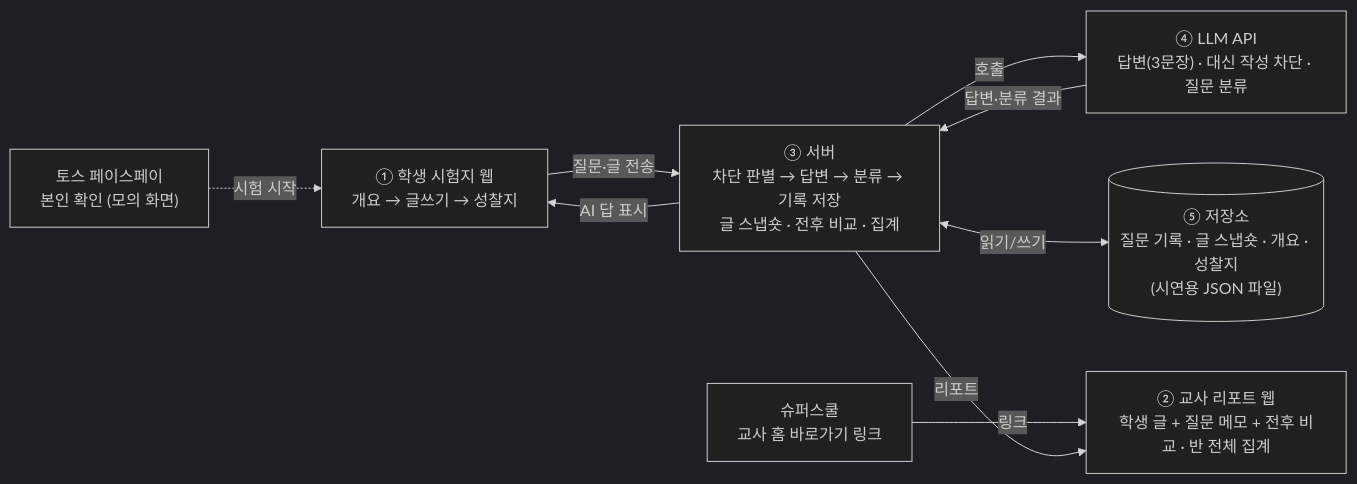
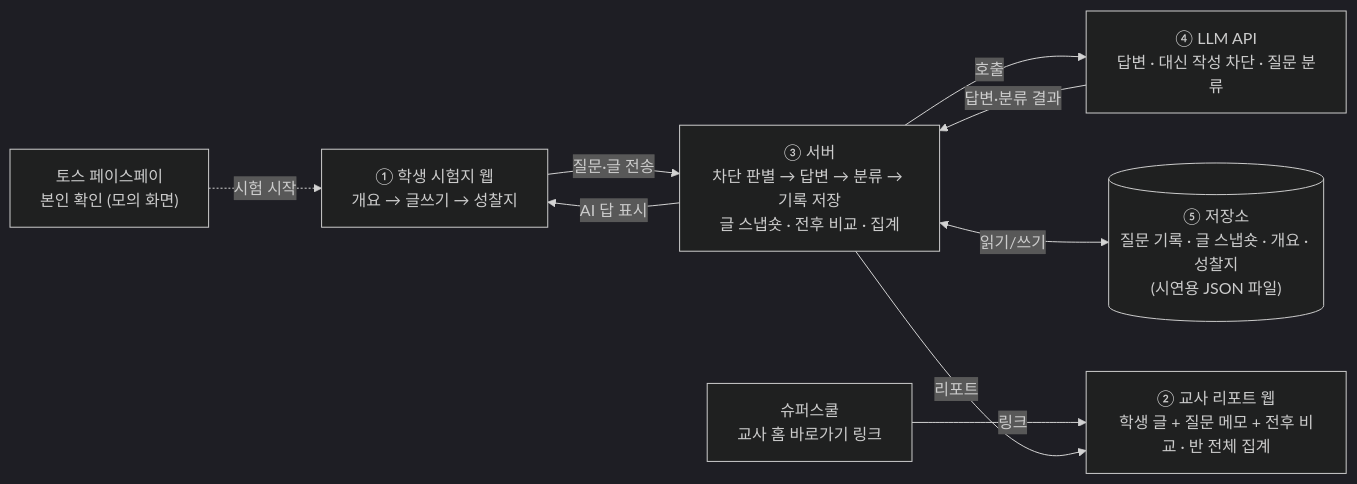
Before and after one commit to duswldbs0815/dotori-exam: the diagram in docs/01-architecture.md, drawn with Mermaid (dark theme). The commit also changed other lines of this file and 12 other files, not shown here.

````diff
--- a/docs/01-architecture.md
+++ b/docs/01-architecture.md
@@ -35,12 +49,12 @@
 ```mermaid
 flowchart LR
     SS["슈퍼스쿨<br/>교사 홈 바로가기 링크"] -->|링크| TW
     FP["토스 페이스페이<br/>본인 확인 (모의 화면)"] -.->|시험 시작| SW
 
     SW["① 학생 시험지 웹<br/>개요 → 글쓰기 → 성찰지"] -->|질문·글 전송| SV
     SV["③ 서버<br/>차단 판별 → 답변 → 분류 → 기록 저장<br/>글 스냅숏 · 전후 비교 · 집계"] -->|호출| LLM
-    LLM["④ LLM API<br/>답변(3문장) · 대신 작성 차단 · 질문 분류"] -->|답변·분류 결과| SV
+    LLM["④ LLM API<br/>답변 · 대신 작성 차단 · 질문 분류"] -->|답변·분류 결과| SV
     SV -->|AI 답 표시| SW
     SV <-->|읽기/쓰기| DB[("⑤ 저장소<br/>질문 기록 · 글 스냅숏 · 개요 · 성찰지<br/>(시연용 JSON 파일)")]
     SV -->|리포트| TW["② 교사 리포트 웹<br/>학생 글 + 질문 메모 + 전후 비교 · 반 전체 집계"]
 ```
````
